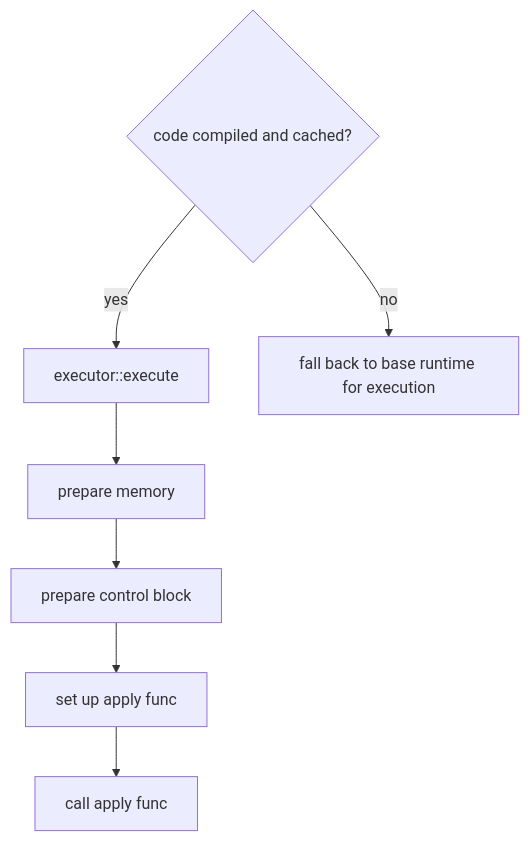
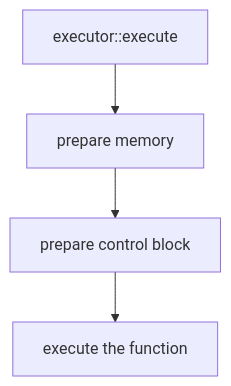
The eighth of 12 diagrams in transactions/read-only/memory.md (eosnetworkfoundation/product), drawn with Mermaid before and after one commit. The commit also changed other lines of this file, not shown here.

````diff
--- a/transactions/read-only/memory.md
+++ b/transactions/read-only/memory.md
@@ -101,11 +178,8 @@
 ```mermaid
 flowchart TD
-    cached{code compiled and cached?} -->|yes| exec
-    cached -->|no| default
-    exec[executor::execute] --> mem
+    ocExec[[OC execution]]
+    ocExec[executor::execute] --> mem
     mem[prepare memory] --> cb
-    cb[prepare control block] --> setApply
-    setApply[set up apply func] --> apply
-    apply["call apply func"]
-    default[fall back to base runtime for execution]
+    cb[prepare control block] --> exec
+    exec[execute the function]
 ```
````
